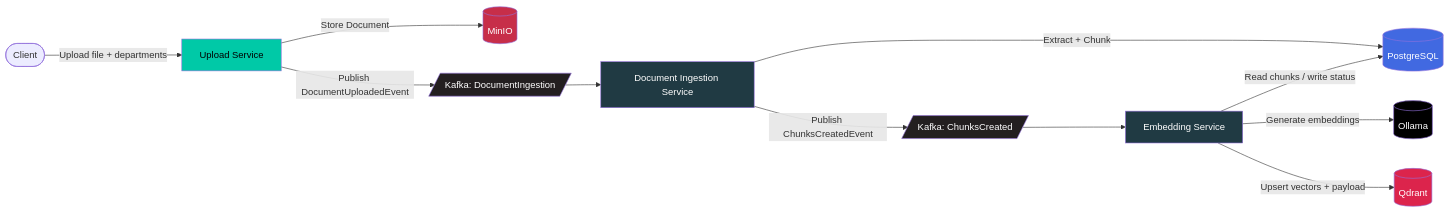
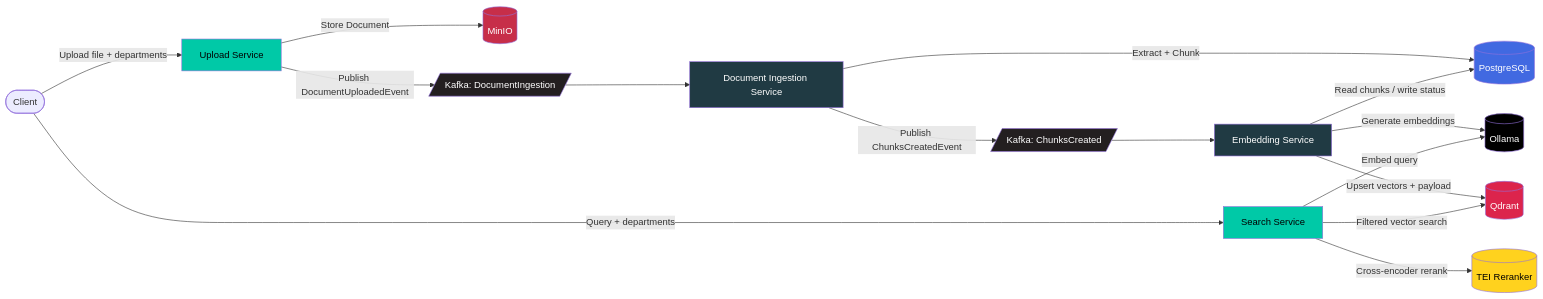
One commit to Sanket9326/Distrubuted-Search-Engine changed the diagram in README.md. Above: the diagram before and after it, drawn with Mermaid. The commit also changed other lines of this file and 43 other files, not shown here.

First line of the commit message:
feat: Implement Search Service with Embedding and ReRanking functionality

````diff
--- a/README.md
+++ b/README.md
@@ -67,53 +71,67 @@
 ```mermaid
 flowchart LR
 
 Client([Client])
 
 API[Upload Service]
 
 MinIO[(MinIO)]
 
 Kafka1[/Kafka: DocumentIngestion/]
 
 Worker[Document Ingestion Service]
 
 Postgres[(PostgreSQL)]
 
 Kafka2[/Kafka: ChunksCreated/]
 
 Embed[Embedding Service]
 
 Ollama[(Ollama)]
 
 Qdrant[(Qdrant)]
 
+Search[Search Service]
+
+Reranker[(TEI Reranker)]
+
 Client -->|Upload file + departments| API
 
 API -->|Store Document| MinIO
 
 API -->|Publish DocumentUploadedEvent| Kafka1
 
 Kafka1 --> Worker
 
 Worker -->|Extract + Chunk| Postgres
 
 Worker -->|Publish ChunksCreatedEvent| Kafka2
 
 Kafka2 --> Embed
 
 Embed -->|Read chunks / write status| Postgres
 
 Embed -->|Generate embeddings| Ollama
 
 Embed -->|Upsert vectors + payload| Qdrant
 
+Client -->|Query + departments| Search
+
+Search -->|Embed query| Ollama
+
+Search -->|Filtered vector search| Qdrant
+
+Search -->|Cross-encoder rerank| Reranker
+
 style API fill:#00c9a7,color:#000
+style Search fill:#00c9a7,color:#000
 style Worker fill:#203A43,color:#fff
 style Embed fill:#203A43,color:#fff
 style Kafka1 fill:#231F20,color:#fff
 style Kafka2 fill:#231F20,color:#fff
 style MinIO fill:#C72E49,color:#fff
 style Postgres fill:#4169E1,color:#fff
 style Qdrant fill:#DC244C,color:#fff
 style Ollama fill:#000000,color:#fff
+style Reranker fill:#FFD21E,color:#000
 ```
````
